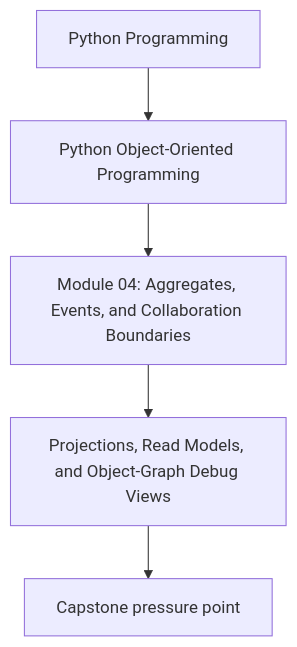
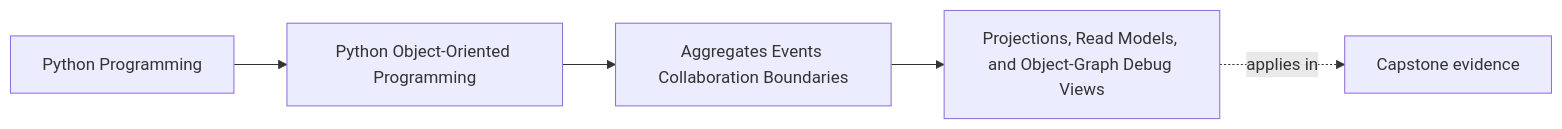
One commit to bijux/bijux-masterclass changed the first of 2 diagrams in programs/python-programming/python-object-oriented-programming/course-book/module-04-aggregates-events-collaboration-boundaries/projections-read-models-and-debug-views.md. Above: the diagram before and after it, drawn with Mermaid. The commit also changed other lines of this file and 65 other files, not shown here.

Commit message:
docs(python-object-oriented-programming): map object model and design foundations

````diff
--- a/programs/python-programming/python-object-oriented-programming/course-book/module-04-aggregates-events-collaboration-boundaries/projections-read-models-and-debug-views.md
+++ b/programs/python-programming/python-object-oriented-programming/course-book/module-04-aggregates-events-collaboration-boundaries/projections-read-models-and-debug-views.md
@@ -7,7 +7,11 @@
 ```mermaid
-flowchart TD
-  family["Python Programming"] --> program["Python Object-Oriented Programming"]
-  program --> module["Module 04: Aggregates, Events, and Collaboration Boundaries"]
-  module --> concept["Projections, Read Models, and Object-Graph Debug Views"]
-  concept --> capstone["Capstone pressure point"]
+graph LR
+  family["Python Programming"]
+  program["Python Object-Oriented Programming"]
+  section["Aggregates Events Collaboration Boundaries"]
+  page["Projections, Read Models, and Object-Graph Debug Views"]
+  capstone["Capstone evidence"]
+
+  family --> program --> section --> page
+  page -.applies in.-> capstone
 ```
````
